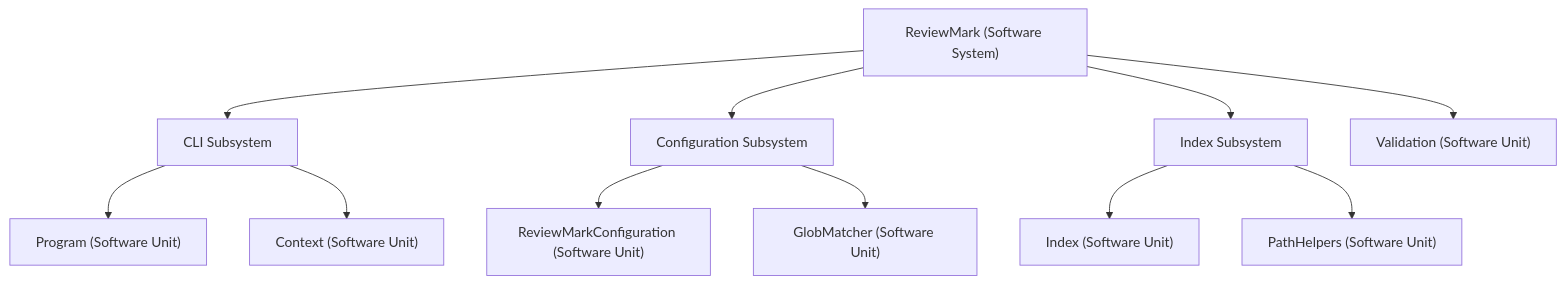
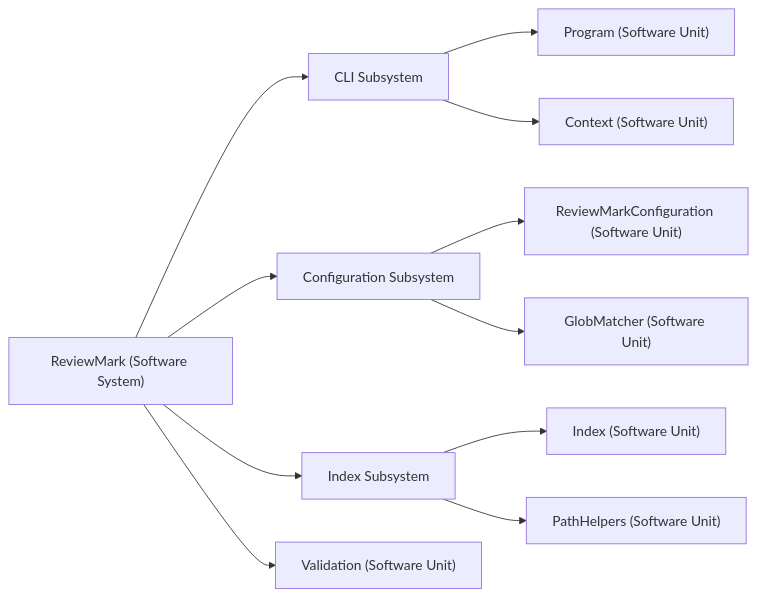
Before and after one commit to demaconsulting/ReviewMark: the diagram in docs/design/introduction.md, drawn with Mermaid. The commit also changed 7 other files, not shown here.

First line of the commit message:
Address PR review feedback: add requirements files, ValidationTests, fix review-sets and diagram

````diff
--- a/docs/design/introduction.md
+++ b/docs/design/introduction.md
@@ -36,32 +36,32 @@
 ```mermaid
-graph TD
+graph LR
     System["ReviewMark (Software System)"]
 
     CLI["CLI Subsystem"]
     Program["Program (Software Unit)"]
     Context["Context (Software Unit)"]
 
     Config["Configuration Subsystem"]
     RMConfig["ReviewMarkConfiguration (Software Unit)"]
     Glob["GlobMatcher (Software Unit)"]
 
     IndexSub["Index Subsystem"]
     Index["Index (Software Unit)"]
     PathHelpers["PathHelpers (Software Unit)"]
 
     Validation["Validation (Software Unit)"]
 
     System --> CLI
     System --> Config
     System --> IndexSub
     System --> Validation
 
     CLI --> Program
     CLI --> Context
 
     Config --> RMConfig
     Config --> Glob
 
     IndexSub --> Index
     IndexSub --> PathHelpers
 ```
````
